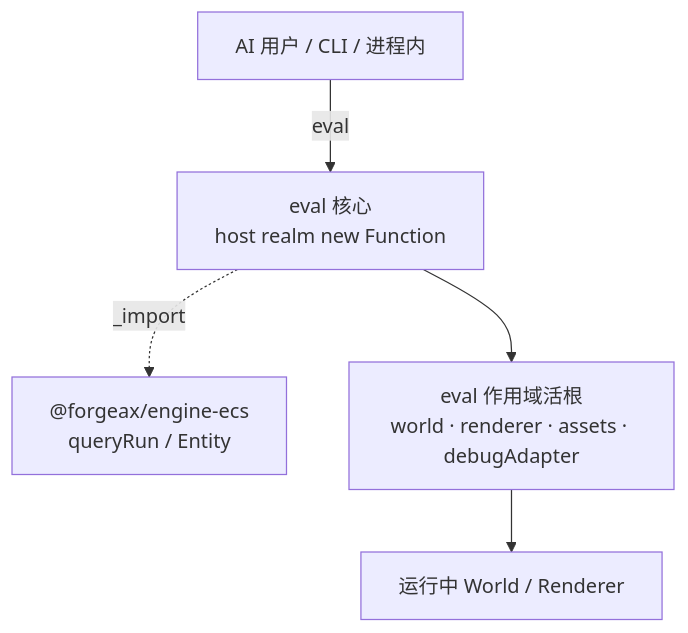
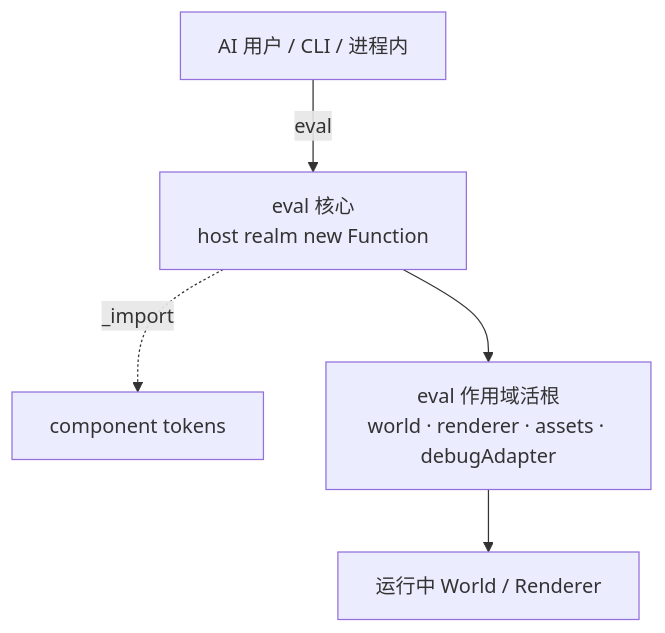
The first of 2 diagrams in packages/engine/skills/forgeax-engine-cli/SKILL.md (ForgeaX-Games/forgeax-editor), drawn with Mermaid before and after one commit. The commit also changed other lines of this file and 1374 other files, not shown here.

````diff
--- a/packages/engine/skills/forgeax-engine-cli/SKILL.md
+++ b/packages/engine/skills/forgeax-engine-cli/SKILL.md
@@ -37,7 +37,7 @@
 ```mermaid
 flowchart TD
     A[AI 用户 / CLI / 进程内] -->|eval| E[eval 核心<br/>host realm new Function]
-    E -.->|_import| ECS["@forgeax/engine-ecs<br/>queryRun / Entity"]
+    E -.->|_import| ECS["component tokens"]
     E --> R["eval 作用域活根<br/>world · renderer · assets · debugAdapter"]
     R --> W[运行中 World / Renderer]
 ```
````
